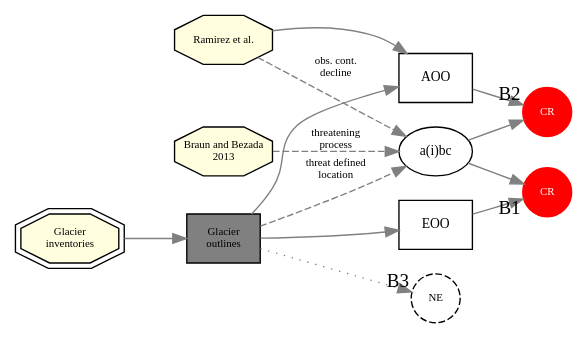
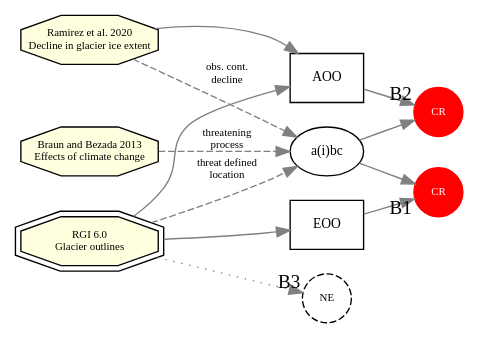
One commit to red-list-ecosystem/T6.1-SA-01-VE-01-Cordillera-Merida changed the diagram in assets/critB.gv. Above: the diagram before and after it, drawn with Graphviz.

Commit message:
data sources for criterion B

```diff
--- a/assets/critB.gv
+++ b/assets/critB.gv
@@ -1,44 +1,41 @@
 digraph G {
     compound=true; 
     newrank=true;
     rankdir=LR;
   edge [color="grey"]
-    { node [ shape=octagon fontsize=8 fixedsize=true fillcolor=lightyellow style=filled width=1]
-        PUB1 [label="Ramirez et al.\n"]
-        PUB3 [label="Braun and Bezada\n2013"]
+    { node [ shape=octagon fontsize=8 fixedsize=true fillcolor=lightyellow style=filled width=1.4]
+        PUB1 [label="Ramirez et al. 2020\nDecline in glacier ice extent"]
+        PUB3 [label="Braun and Bezada 2013\nEffects of climate change"]
 
     }
-    { node [ shape=doubleoctagon fontsize=8 fixedsize=true fillcolor=lightyellow style=filled width=1]
-        PUB2 [label="Glacier\ninventories"]
+    { node [ shape=doubleoctagon fontsize=8 fixedsize=true fillcolor=lightyellow style=filled width=1.4]
+        PUB2 [label="RGI 6.0\nGlacier outlines"]
         
     }
      { node [ shape=circle fontsize=8 fixedsize=true style=filled]
       B1 [label="CR" color=red fontcolor="white"]
       B2 [label="CR" color=red fontcolor="white"]
       B3 [label="NE" style="dashed"]
     }
-    {node [ shape=box fontsize=8 fixedsize=true fillcolor=grey style=filled]
-      
-       pols [label="Glacier\noutlines"]
-    }
+    
     {node [ shape=box fontsize=10 fixedsize=true]
      AOO
      EOO
     }
     
-    PUB2 -> pols 
-    {pols;PUB1} -> AOO 
-    pols -> EOO 
+   # PUB2 -> pols 
+    {PUB2;PUB1} -> AOO 
+    PUB2 -> EOO 
     
-      pols -> litts [style=dashed, label="threat defined\nlocation" fontsize=8]
+      PUB2 -> litts [style=dashed, label="threat defined\nlocation" fontsize=8]
         PUB1 -> litts [style=dashed label="obs. cont.\ndecline" fontsize=8]
         PUB3 -> litts [style=dashed label="threatening\nprocess" fontsize=8]
         
     litts [label="a(i)bc" fontsize=10]
       litts -> {B1;B2}
 
       AOO -> B2 [headlabel="B2"]
       EOO -> B1 [headlabel="B1"]
-      pols -> B3 [headlabel="B3" style=dotted]
+      PUB2 -> B3 [headlabel="B3" style=dotted]
     
 }
```
